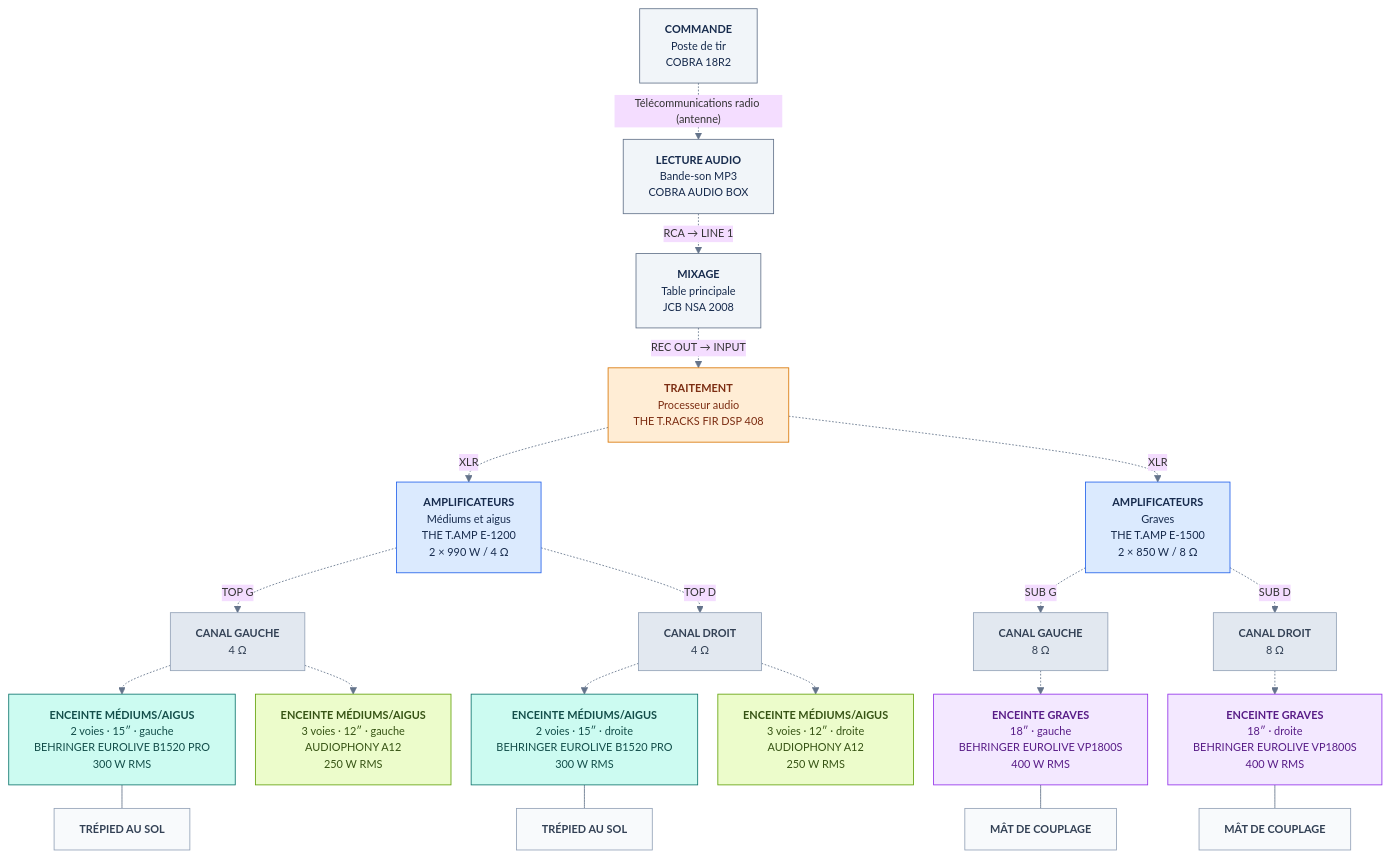
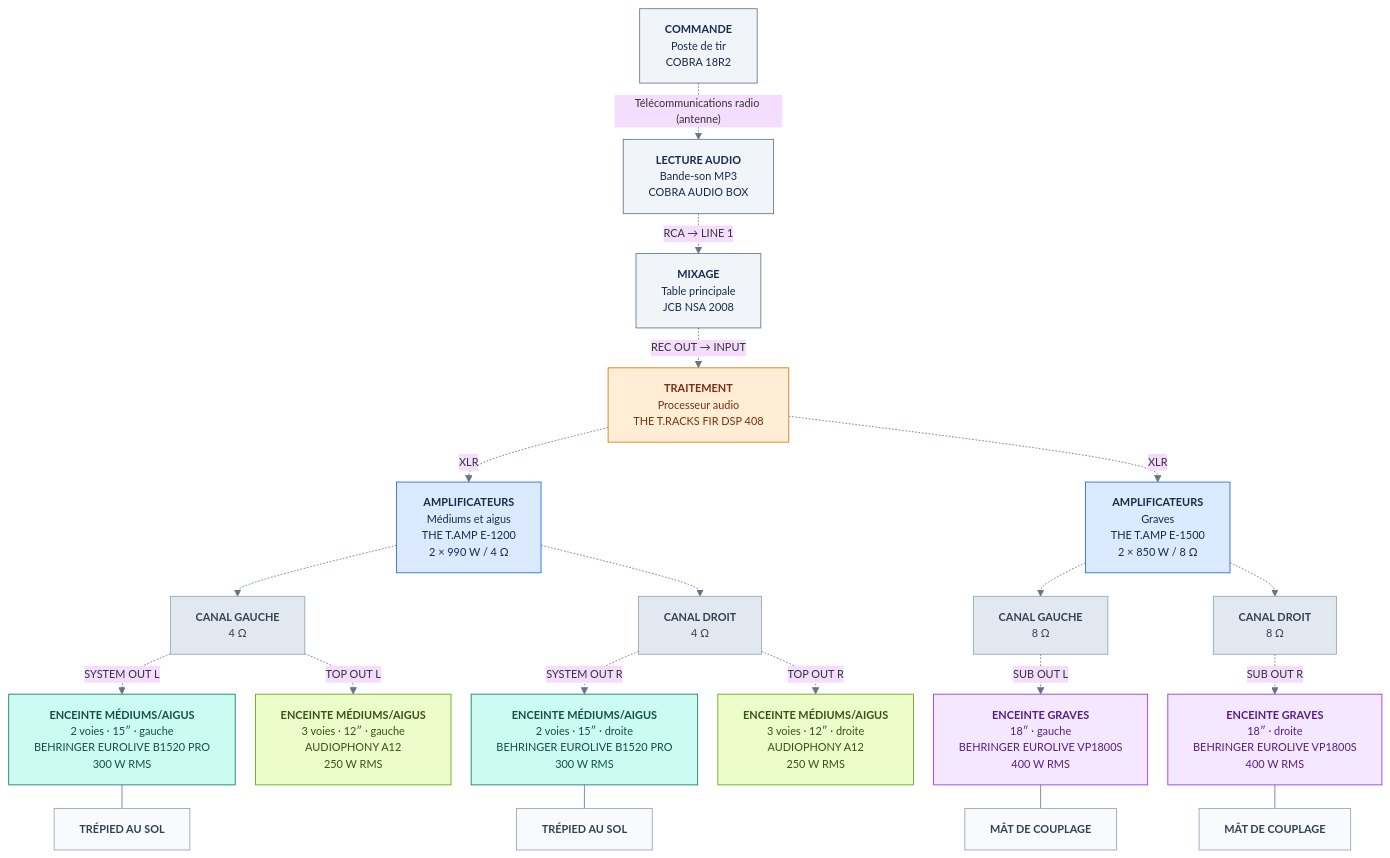
Before and after one commit to HAZIT-FR/PGE-SONO: the first of 3 diagrams in README.md, drawn with Mermaid. The commit also changed other lines of this file, not shown here.

Commit message:
docs: repérer les sorties SYSTEM TOP SUB L/R sur chaque enceinte

```diff
--- a/README.md
+++ b/README.md
@@ -34,63 +34,63 @@
 ~~~mermaid
 %%{init: {"flowchart": {"nodeSpacing": 24, "rankSpacing": 28, "htmlLabels": true, "wrappingWidth": 320}, "theme": "base", "themeVariables": {"fontSize": "13px", "lineColor": "#64748b"}}}%%
 flowchart TB
   A["<b>COMMANDE</b><br/>Poste de tir<br/>COBRA 18R2"]
   B["<b>LECTURE AUDIO</b><br/>Bande-son MP3<br/>COBRA AUDIO BOX"]
   C["<b>MIXAGE</b><br/>Table principale<br/>JCB NSA 2008"]
   D["<b>TRAITEMENT</b><br/>Processeur audio<br/>THE T.RACKS FIR DSP 408"]
   E["<b>AMPLIFICATEURS</b><br/>Médiums et aigus<br/>THE T.AMP E-1200<br/>2 × 990 W / 4 Ω"]
   F["<b>AMPLIFICATEURS</b><br/>Graves<br/>THE T.AMP E-1500<br/>2 × 850 W / 8 Ω"]
   LG["<b>CANAL GAUCHE</b><br/>4 Ω"]
   LD["<b>CANAL DROIT</b><br/>4 Ω"]
   FG["<b>CANAL GAUCHE</b><br/>8 Ω"]
   FD["<b>CANAL DROIT</b><br/>8 Ω"]
   BG["<b>ENCEINTE MÉDIUMS/AIGUS</b><br/>2 voies · 15″ · gauche<br/>BEHRINGER EUROLIVE B1520 PRO<br/>300 W RMS"]
   BD["<b>ENCEINTE MÉDIUMS/AIGUS</b><br/>2 voies · 15″ · droite<br/>BEHRINGER EUROLIVE B1520 PRO<br/>300 W RMS"]
   AG["<b>ENCEINTE MÉDIUMS/AIGUS</b><br/>3 voies · 12″ · gauche<br/>AUDIOPHONY A12<br/>250 W RMS"]
   AD["<b>ENCEINTE MÉDIUMS/AIGUS</b><br/>3 voies · 12″ · droite<br/>AUDIOPHONY A12<br/>250 W RMS"]
   SG["<b>ENCEINTE GRAVES</b><br/>18″ · gauche<br/>BEHRINGER EUROLIVE VP1800S<br/>400 W RMS"]
   SD["<b>ENCEINTE GRAVES</b><br/>18″ · droite<br/>BEHRINGER EUROLIVE VP1800S<br/>400 W RMS"]
 
   TG["<b>TRÉPIED AU SOL</b>"]
   TD["<b>TRÉPIED AU SOL</b>"]
   MG["<b>MÂT DE COUPLAGE</b>"]
   MD["<b>MÂT DE COUPLAGE</b>"]
 
   A -. "Télécommunications radio (antenne)" .-> B
   B -. "RCA → LINE 1" .-> C
   C -. "REC OUT → INPUT" .-> D
   D -. "XLR" .-> E
   D -. "XLR" .-> F
-  E -. "TOP G" .-> LG
-  E -. "TOP D" .-> LD
-  F -. "SUB G" .-> FG
-  F -. "SUB D" .-> FD
-  LG -.-> BG
-  LG -.-> AG
-  LD -.-> BD
-  LD -.-> AD
-  FG -.-> SG
-  FD -.-> SD
+  E -.-> LG
+  E -.-> LD
+  F -.-> FG
+  F -.-> FD
+  LG -. "SYSTEM OUT L" .-> BG
+  LG -. "TOP OUT L" .-> AG
+  LD -. "SYSTEM OUT R" .-> BD
+  LD -. "TOP OUT R" .-> AD
+  FG -. "SUB OUT L" .-> SG
+  FD -. "SUB OUT R" .-> SD
 
   BG --- TG
   BD --- TD
   SG --- MG
   SD --- MD
 
   classDef commande fill:#f1f5f9,stroke:#64748b,color:#172b4d;
   classDef processeur fill:#ffedd5,stroke:#d97706,color:#7c2d12;
   classDef amplis fill:#dbeafe,stroke:#2563eb,color:#172b4d;
   classDef canaux fill:#e2e8f0,stroke:#94a3b8,color:#334155;
   classDef principales fill:#ccfbf1,stroke:#0f766e,color:#134e4a;
   classDef appoint fill:#ecfccb,stroke:#65a30d,color:#365314;
   classDef basses fill:#f3e8ff,stroke:#9333ea,color:#581c87;
   classDef support fill:#f8fafc,stroke:#94a3b8,color:#334155;
   class A,B,C commande;
   class D processeur;
   class E,F amplis;
   class LG,LD,FG,FD canaux;
   class BG,BD principales;
   class AG,AD appoint;
   class SG,SD basses;
   class TG,TD,MG,MD support;
 ~~~
```
